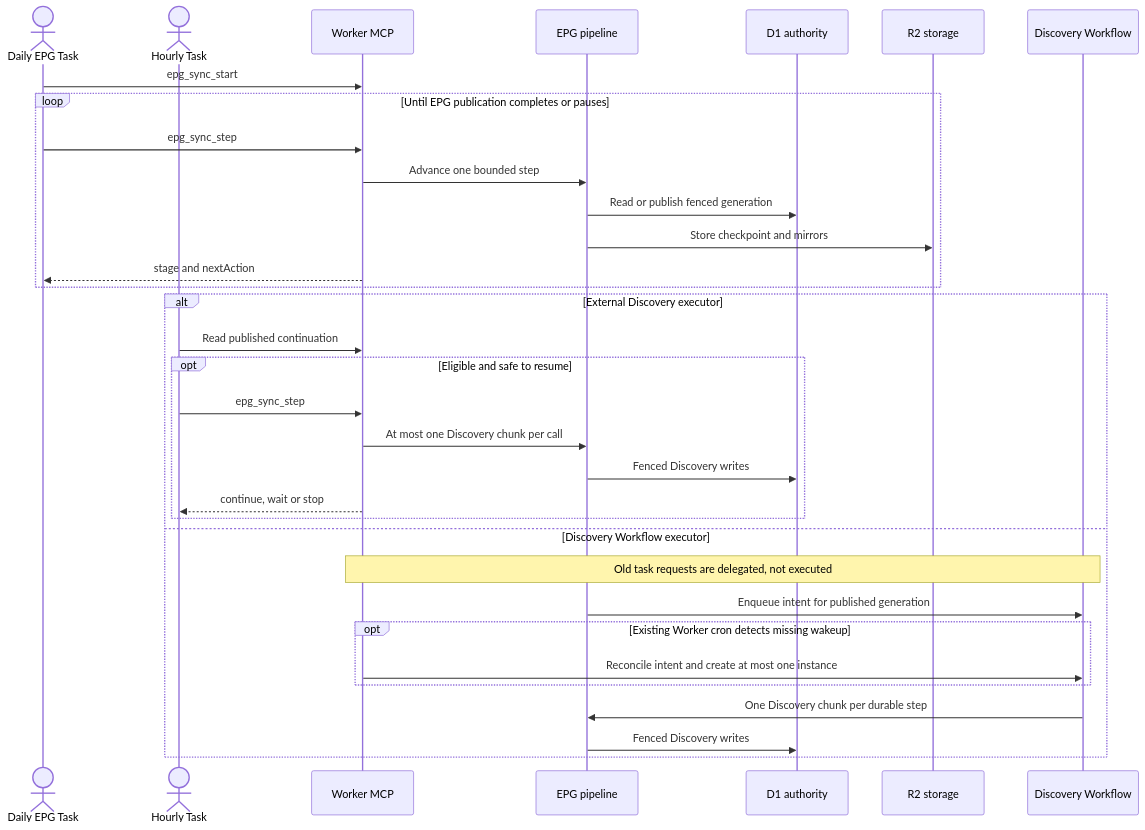
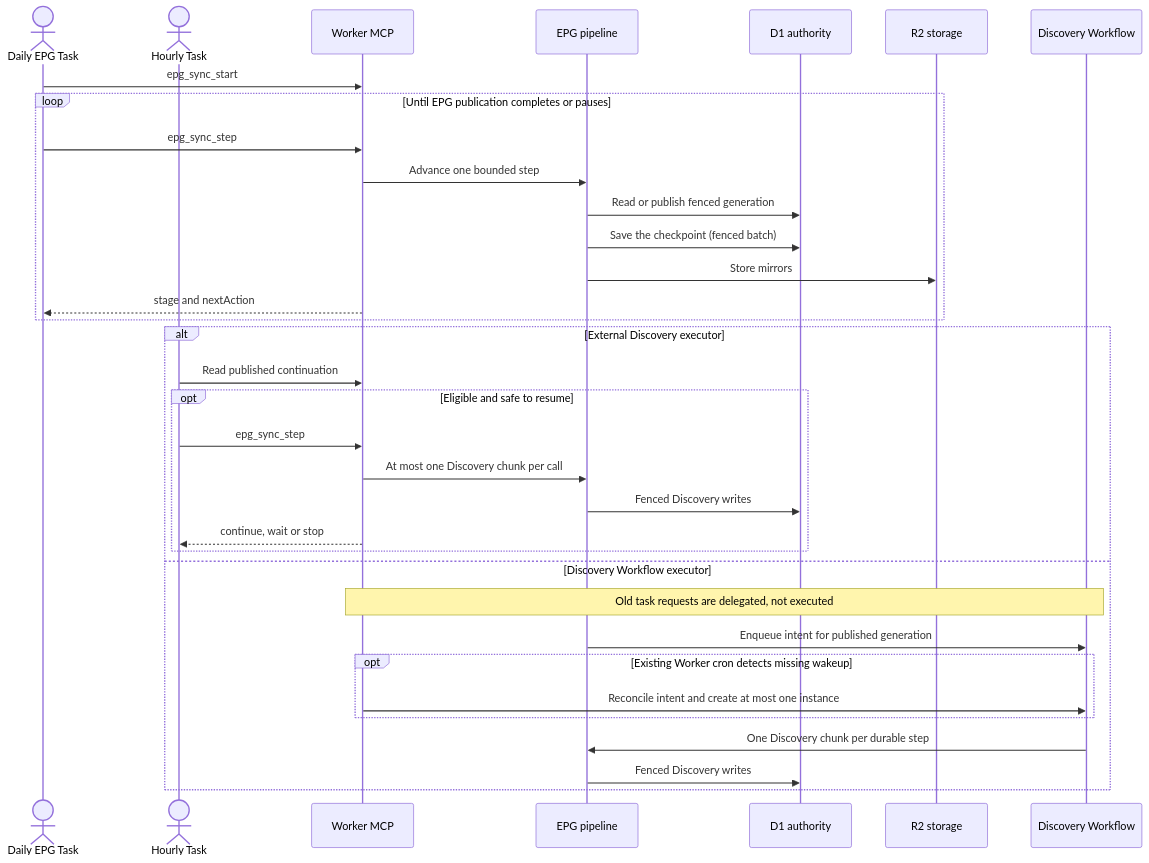
One commit to vladimino/iptv-watchlist changed the first of 15 diagrams in docs/architecture/scheduling-and-orchestration.md. Above: the diagram before and after it, drawn with Mermaid. The commit also changed other lines of this file and 23 other files, not shown here.

First line of the commit message:
AIR-551: retire EPG checkpoint R2 fallback after D1 cutover (#906)

````diff
--- a/docs/architecture/scheduling-and-orchestration.md
+++ b/docs/architecture/scheduling-and-orchestration.md
@@ -13,35 +13,36 @@
 ```mermaid
 sequenceDiagram
     actor Daily as Daily EPG Task
     actor Hourly as Hourly Task
     participant MCP as Worker MCP
     participant EPG as EPG pipeline
     participant D1 as D1 authority
     participant R2 as R2 storage
     participant WF as Discovery Workflow
     Daily->>MCP: epg_sync_start
     loop Until EPG publication completes or pauses
         Daily->>MCP: epg_sync_step
         MCP->>EPG: Advance one bounded step
         EPG->>D1: Read or publish fenced generation
-        EPG->>R2: Store checkpoint and mirrors
+        EPG->>D1: Save the checkpoint (fenced batch)
+        EPG->>R2: Store mirrors
         MCP-->>Daily: stage and nextAction
     end
     alt External Discovery executor
         Hourly->>MCP: Read published continuation
         opt Eligible and safe to resume
             Hourly->>MCP: epg_sync_step
             MCP->>EPG: At most one Discovery chunk per call
             EPG->>D1: Fenced Discovery writes
             MCP-->>Hourly: continue, wait or stop
         end
     else Discovery Workflow executor
         Note over MCP,WF: Old task requests are delegated, not executed
         EPG->>WF: Enqueue intent for published generation
         opt Existing Worker cron detects missing wakeup
             MCP->>WF: Reconcile intent and create at most one instance
         end
         WF->>EPG: One Discovery chunk per durable step
         EPG->>D1: Fenced Discovery writes
     end
 ```
````
